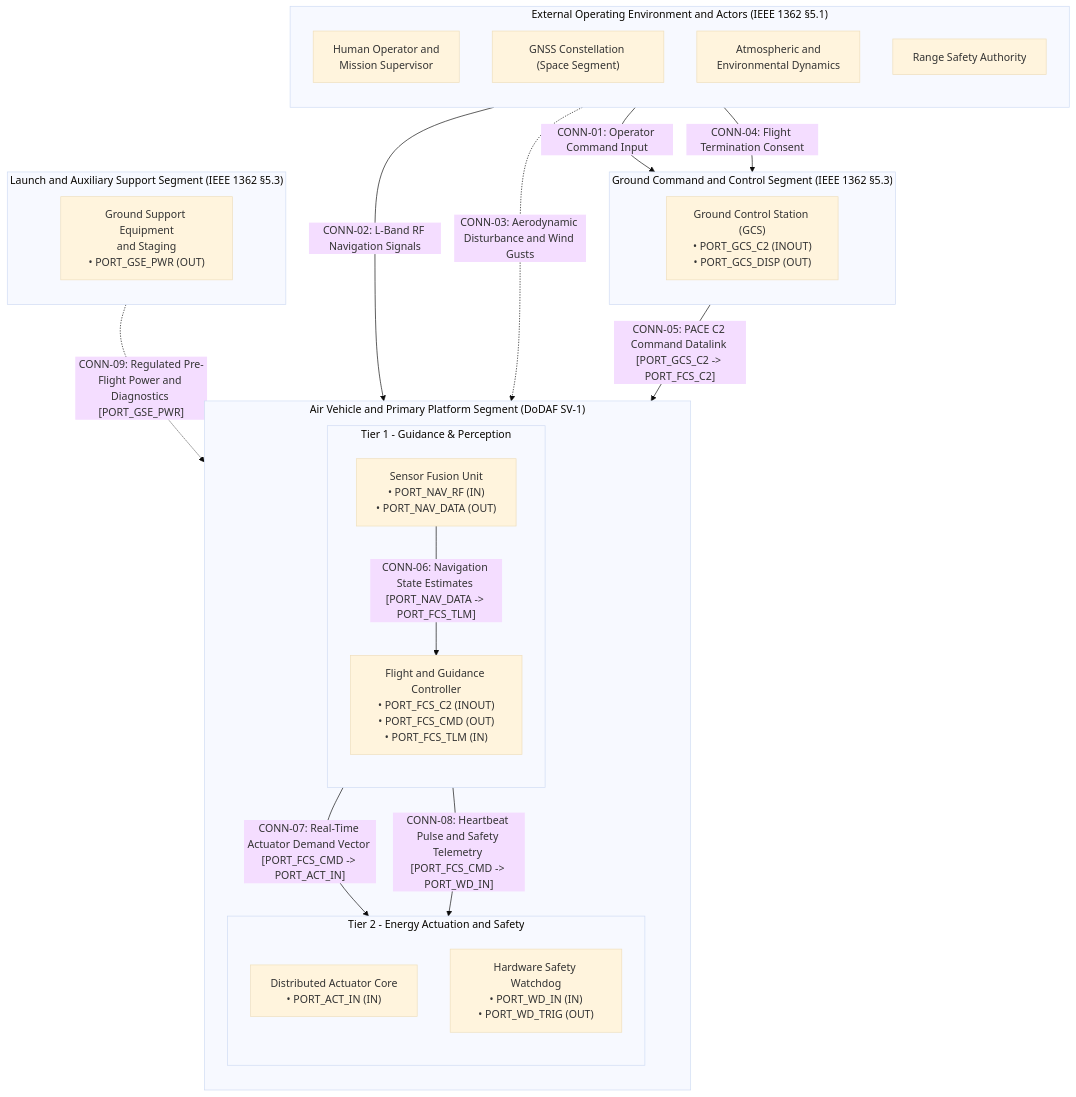
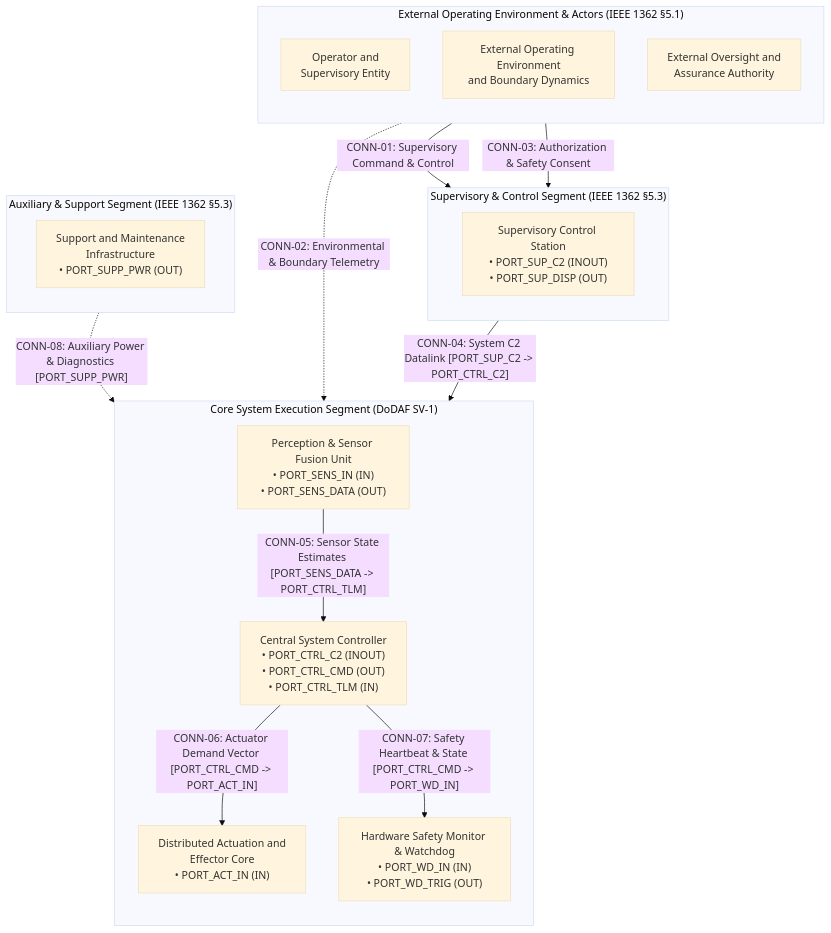
One commit to gintatkinson/DEAP-avionic-flight-safety changed the first of 4 diagrams in skills/spec-conops-engineering/SKILL.md. Above: the diagram before and after it, drawn with Mermaid (base theme). The commit also changed other lines of this file and 256 other files, not shown here.

````diff
--- a/skills/spec-conops-engineering/SKILL.md
+++ b/skills/spec-conops-engineering/SKILL.md
@@ -275,54 +237,43 @@
 ```mermaid
 flowchart TD
-    subgraph External_Actors["External Operating Environment and Actors (IEEE 1362 §5.1)"]
+    subgraph External_Actors["External Operating Environment & Actors (IEEE 1362 §5.1)"]
         direction TB
-        Operator["Human Operator and<br/>Mission Supervisor"]
-        GNSS_Space["GNSS Constellation (Space Segment)"]
-        Environment["Atmospheric and<br/>Environmental Dynamics"]
-        RangeSafety["Range Safety Authority"]
+        Operator["Operator and<br/>Supervisory Entity"]
+        Environment["External Operating Environment<br/>and Boundary Dynamics"]
+        ExternalAuthority["External Oversight and<br/>Assurance Authority"]
     end
 
-    subgraph Ground_Segment["Ground Command and Control Segment (IEEE 1362 §5.3)"]
+    subgraph Supervisory_Segment["Supervisory & Control Segment (IEEE 1362 §5.3)"]
         direction TB
-        GCS["Ground Control Station (GCS)<br/>• PORT_GCS_C2 (INOUT)<br/>• PORT_GCS_DISP (OUT)"]
+        SupervisoryStation["Supervisory Control Station<br/>• PORT_SUP_C2 (INOUT)<br/>• PORT_SUP_DISP (OUT)"]
     end
 
-    subgraph Air_Vehicle_Segment["Air Vehicle and Primary Platform Segment (DoDAF SV-1)"]
+    subgraph Core_Execution_Segment["Core System Execution Segment (DoDAF SV-1)"]
         direction TB
-        subgraph AV_Tier1["Tier 1 - Guidance & Perception"]
-            direction TB
-            FCS["Flight and Guidance Controller<br/>• PORT_FCS_C2 (INOUT)<br/>• PORT_FCS_CMD (OUT)<br/>• PORT_FCS_TLM (IN)"]
-            NavSensors["Sensor Fusion Unit<br/>• PORT_NAV_RF (IN)<br/>• PORT_NAV_DATA (OUT)"]
-        end
-
-        subgraph AV_Tier2["Tier 2 - Energy Actuation and Safety"]
-            direction TB
-            Actuators["Distributed Actuator Core<br/>• PORT_ACT_IN (IN)"]
-            Watchdog["Hardware Safety Watchdog<br/>• PORT_WD_IN (IN)<br/>• PORT_WD_TRIG (OUT)"]
-        end
-
-        AV_Tier1 ~~~ AV_Tier2
+        SystemController["Central System Controller<br/>• PORT_CTRL_C2 (INOUT)<br/>• PORT_CTRL_CMD (OUT)<br/>• PORT_CTRL_TLM (IN)"]
+        SensorFusion["Perception & Sensor Fusion Unit<br/>• PORT_SENS_IN (IN)<br/>• PORT_SENS_DATA (OUT)"]
+        ActuationCore["Distributed Actuation and<br/>Effector Core<br/>• PORT_ACT_IN (IN)"]
+        SafetyWatchdog["Hardware Safety Monitor & Watchdog<br/>• PORT_WD_IN (IN)<br/>• PORT_WD_TRIG (OUT)"]
     end
 
-    subgraph Support_Segment["Launch and Auxiliary Support Segment (IEEE 1362 §5.3)"]
+    subgraph Support_Segment["Auxiliary & Support Segment (IEEE 1362 §5.3)"]
         direction TB
-        GSE["Ground Support Equipment<br/>and Staging<br/>• PORT_GSE_PWR (OUT)"]
+        SupportEquipment["Support and Maintenance<br/>Infrastructure<br/>• PORT_SUPP_PWR (OUT)"]
     end
 
-    External_Actors ~~~ Ground_Segment
-    Ground_Segment ~~~ Air_Vehicle_Segment
-    Air_Vehicle_Segment ~~~ Support_Segment
+    External_Actors ~~~ Supervisory_Segment
+    Supervisory_Segment ~~~ Core_Execution_Segment
+    Core_Execution_Segment ~~~ Support_Segment
 
     %% External Interface Connections
-    Operator -->|"CONN-01: Operator Command Input"| GCS
-    GNSS_Space -->|"CONN-02: L-Band RF Navigation Signals"| NavSensors
-    Environment -.->|"CONN-03: Aerodynamic Disturbance and Wind Gusts"| Actuators
-    RangeSafety -->|"CONN-04: Flight Termination Consent"| GCS
+    Operator -->|"CONN-01: Supervisory Command & Control"| SupervisoryStation
+    Environment -.->|"CONN-02: Environmental & Boundary Telemetry"| SensorFusion
+    ExternalAuthority -->|"CONN-03: Authorization & Safety Consent"| SupervisoryStation
 
     %% Segment Inter-Connects (Item Flows)
-    GCS -->|"CONN-05: PACE C2 Command Datalink [PORT_GCS_C2 -> PORT_FCS_C2]"| FCS
-    NavSensors -->|"CONN-06: Navigation State Estimates [PORT_NAV_DATA -> PORT_FCS_TLM]"| FCS
-    FCS -->|"CONN-07: Real-Time Actuator Demand Vector [PORT_FCS_CMD -> PORT_ACT_IN]"| Actuators
-    FCS -->|"CONN-08: Heartbeat Pulse and Safety Telemetry [PORT_FCS_CMD -> PORT_WD_IN]"| Watchdog
-    GSE -.->|"CONN-09: Regulated Pre-Flight Power and Diagnostics [PORT_GSE_PWR]"| Air_Vehicle_Segment
+    SupervisoryStation -->|"CONN-04: System C2 Datalink [PORT_SUP_C2 -> PORT_CTRL_C2]"| SystemController
+    SensorFusion -->|"CONN-05: Sensor State Estimates [PORT_SENS_DATA -> PORT_CTRL_TLM]"| SystemController
+    SystemController -->|"CONN-06: Actuator Demand Vector [PORT_CTRL_CMD -> PORT_ACT_IN]"| ActuationCore
+    SystemController -->|"CONN-07: Safety Heartbeat & State [PORT_CTRL_CMD -> PORT_WD_IN]"| SafetyWatchdog
+    SupportEquipment -.->|"CONN-08: Auxiliary Power & Diagnostics [PORT_SUPP_PWR]"| SystemController
 ```
````
